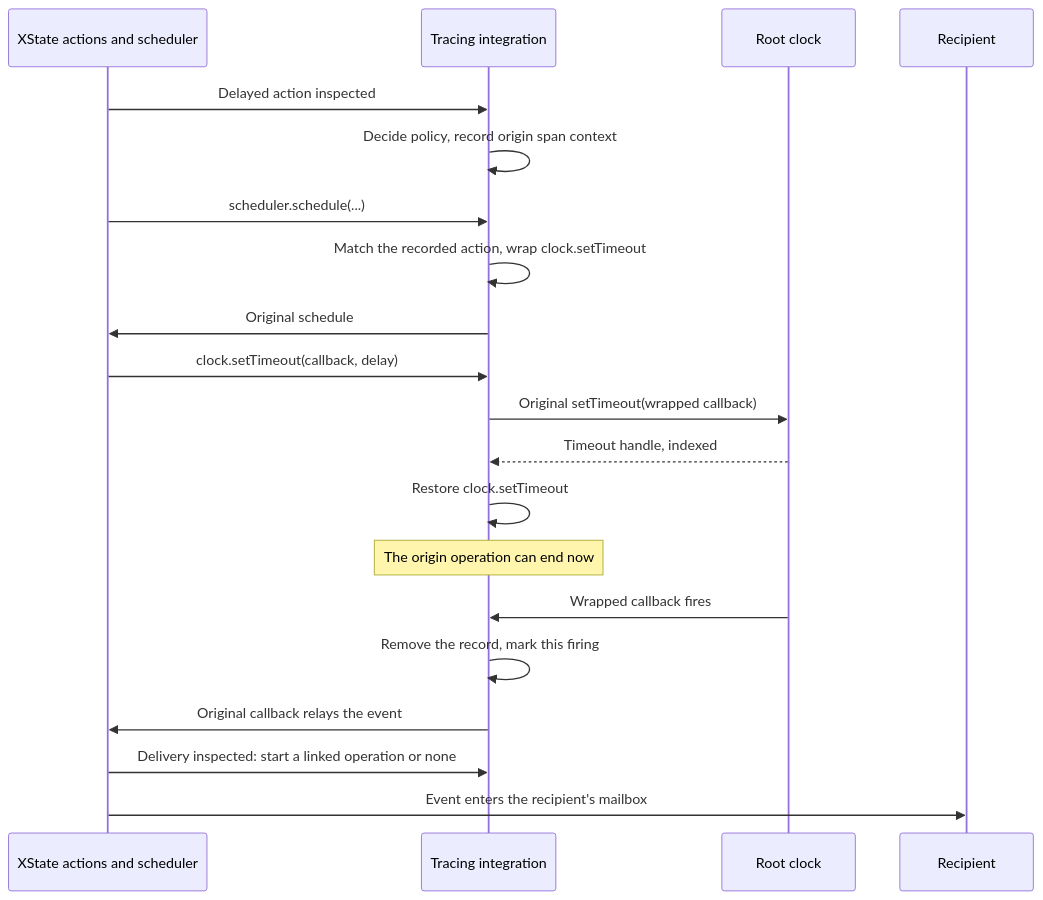
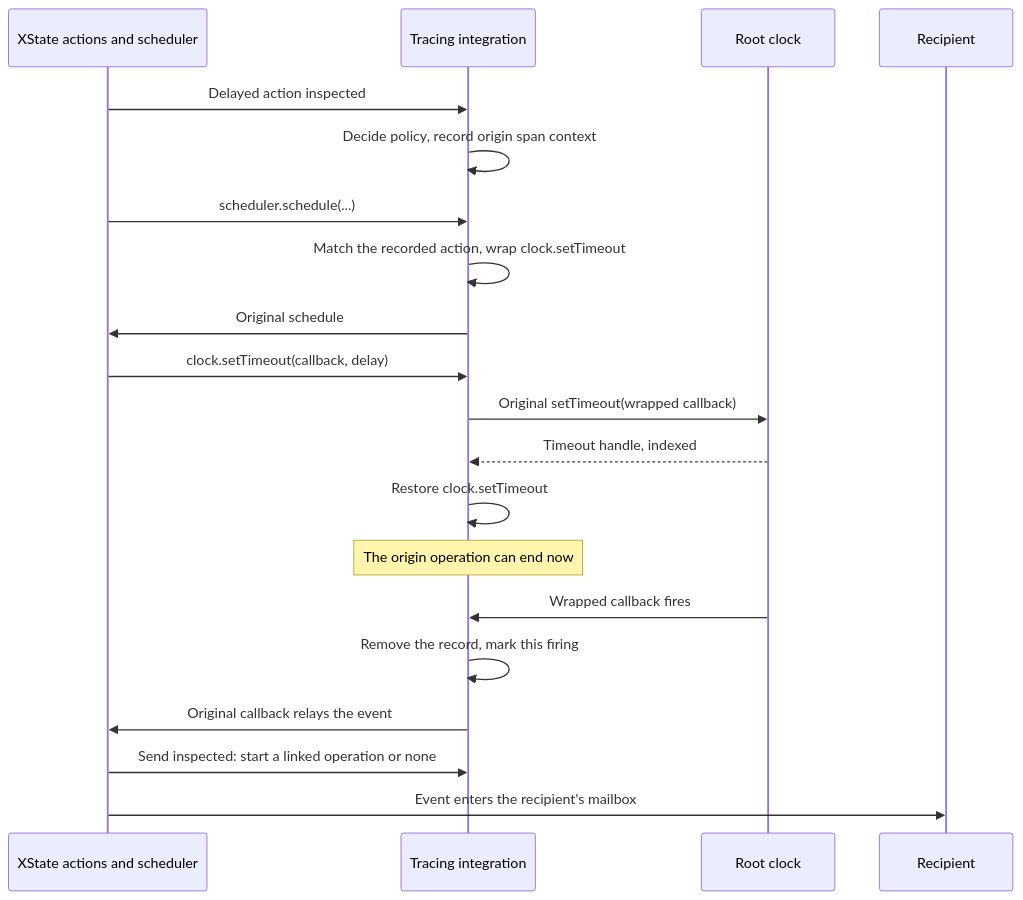
One commit to c0m1t/actorium changed the diagram in docs/xstate-otel/explanation/scheduler.md. Above: the diagram before and after it, drawn with Mermaid. The commit also changed other lines of this file and 70 other files, not shown here.

````diff
--- a/docs/xstate-otel/explanation/scheduler.md
+++ b/docs/xstate-otel/explanation/scheduler.md
@@ -21,22 +21,22 @@
 ```mermaid
 sequenceDiagram
   participant X as XState actions and scheduler
   participant T as Tracing integration
   participant K as Root clock
   participant R as Recipient
   X->>T: Delayed action inspected
   T->>T: Decide policy, record origin span context
   X->>T: scheduler.schedule(...)
   T->>T: Match the recorded action, wrap clock.setTimeout
   T->>X: Original schedule
   X->>T: clock.setTimeout(callback, delay)
   T->>K: Original setTimeout(wrapped callback)
   K-->>T: Timeout handle, indexed
   T->>T: Restore clock.setTimeout
   Note over T: The origin operation can end now
   K->>T: Wrapped callback fires
   T->>T: Remove the record, mark this firing
   T->>X: Original callback relays the event
-  X->>T: Delivery inspected: start a linked operation or none
+  X->>T: Send inspected: start a linked operation or none
   X->>R: Event enters the recipient's mailbox
 ```
````
